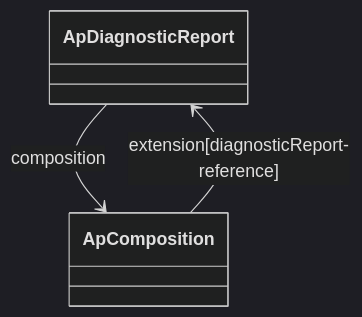
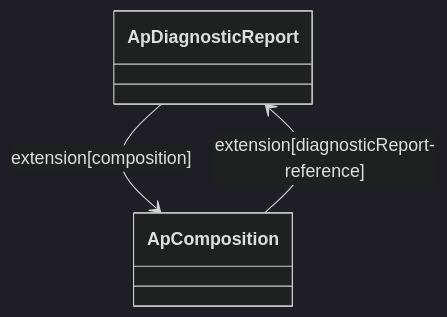
Before and after one commit to Minsal-CL/R2BO: the diagram in input/pagecontent/design-consideration-composition-diagnosticreport.md, drawn with Mermaid (dark theme). The commit also changed 52 other files, not shown here.

````diff
--- a/input/pagecontent/design-consideration-composition-diagnosticreport.md
+++ b/input/pagecontent/design-consideration-composition-diagnosticreport.md
@@ -15,7 +15,7 @@
 ``` mermaid
 classDiagram
     class ApDiagnosticReport
     class ApComposition
-    ApDiagnosticReport --> ApComposition: composition
+    ApDiagnosticReport --> ApComposition: extension[composition]
     ApComposition --> ApDiagnosticReport: extension[diagnosticReport-reference]
 ```
````
